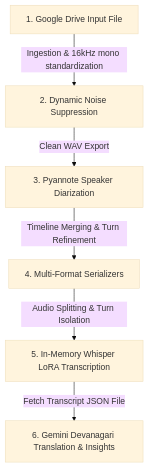
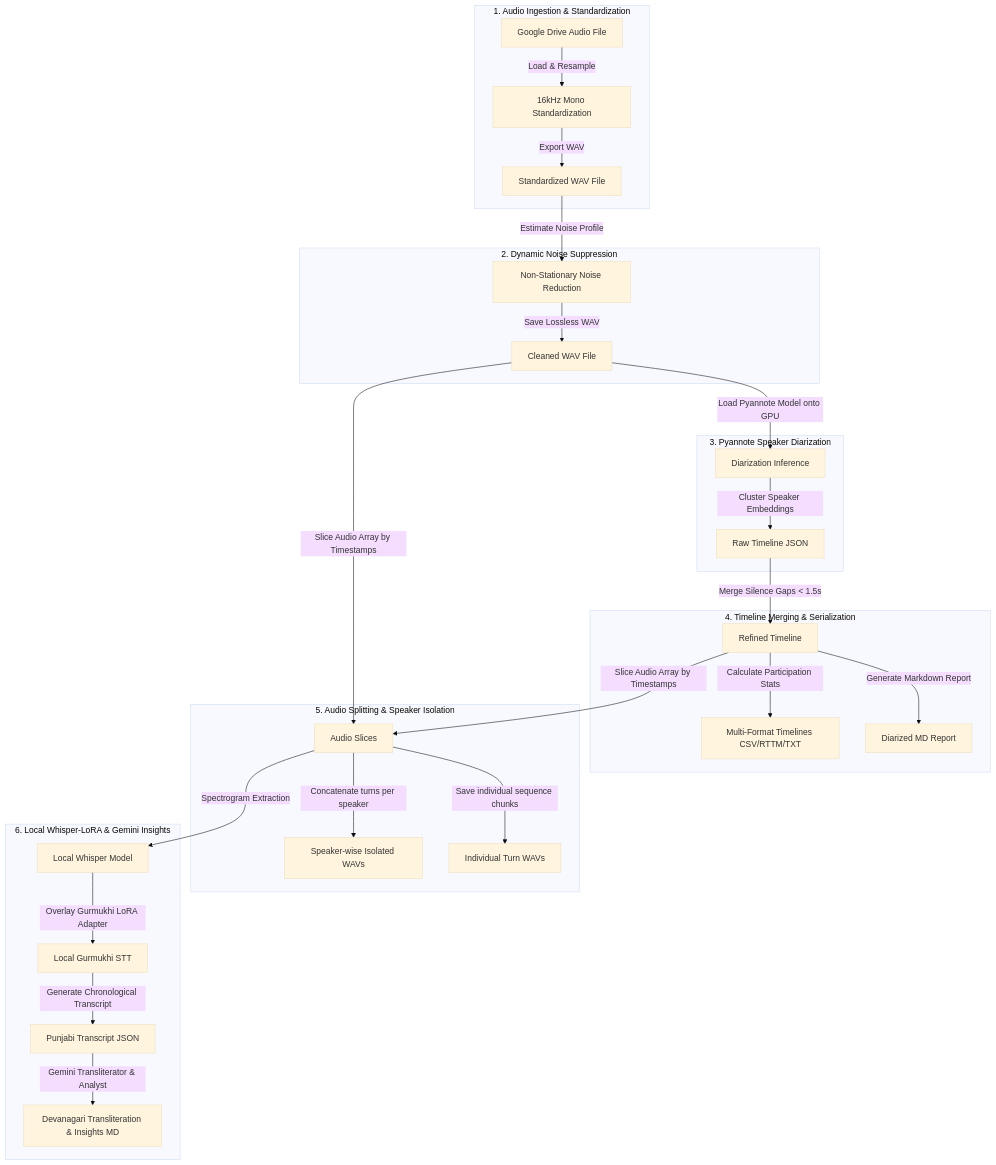
Before and after one commit to KaliNangia/Speech-to-Text-and-Question-Generation: the diagram in Pipelines/Noise_Suppression_Diarization_Splitting_Local_Whisper_LoRA/README.md, drawn with Mermaid (base theme). The commit also changed 1 other file, not shown here.

Commit message:
Expand pipeline flowcharts with detailed sub-step subgraphs

````diff
--- a/Pipelines/Noise_Suppression_Diarization_Splitting_Local_Whisper_LoRA/README.md
+++ b/Pipelines/Noise_Suppression_Diarization_Splitting_Local_Whisper_LoRA/README.md
@@ -10,8 +10,36 @@
 ```mermaid
 graph TD
-    A[1. Google Drive Input File] -->|Ingestion & 16kHz mono standardization| B[2. Dynamic Noise Suppression]
-    B -->|Clean WAV Export| C[3. Pyannote Speaker Diarization]
-    C -->|Timeline Merging & Turn Refinement| D[4. Multi-Format Serializers]
-    D -->|Audio Splitting & Turn Isolation| E[5. In-Memory Whisper LoRA Transcription]
-    E -->|Fetch Transcript JSON File| F[6. Gemini Devanagari Translation & Insights]
+    subgraph Ingestion [1. Audio Ingestion & Standardization]
+        A1[Google Drive Audio File] -->|Load & Resample| A2[16kHz Mono Standardization]
+        A2 -->|Export WAV| A3[Standardized WAV File]
+    end
+
+    subgraph Suppression [2. Dynamic Noise Suppression]
+        A3 -->|Estimate Noise Profile| B1[Non-Stationary Noise Reduction]
+        B1 -->|Save Lossless WAV| B2[Cleaned WAV File]
+    end
+
+    subgraph Diarization [3. Pyannote Speaker Diarization]
+        B2 -->|Load Pyannote Model onto GPU| C1[Diarization Inference]
+        C1 -->|Cluster Speaker Embeddings| C2[Raw Timeline JSON]
+    end
+
+    subgraph Refinement [4. Timeline Merging & Serialization]
+        C2 -->|Merge Silence Gaps < 1.5s| D1[Refined Timeline]
+        D1 -->|Calculate Participation Stats| D2[Multi-Format Timelines CSV/RTTM/TXT]
+        D1 -->|Generate Markdown Report| D3[Diarized MD Report]
+    end
+
+    subgraph Splitting [5. Audio Splitting & Speaker Isolation]
+        B2 & D1 -->|Slice Audio Array by Timestamps| E1[Audio Slices]
+        E1 -->|Concatenate turns per speaker| E2[Speaker-wise Isolated WAVs]
+        E1 -->|Save individual sequence chunks| E3[Individual Turn WAVs]
+    end
+
+    subgraph Transcription [6. Local Whisper-LoRA & Gemini Insights]
+        E1 -->|Spectrogram Extraction| F1[Local Whisper Model]
+        F1 -->|Overlay Gurmukhi LoRA Adapter| F2[Local Gurmukhi STT]
+        F2 -->|Generate Chronological Transcript| F3[Punjabi Transcript JSON]
+        F3 -->|Gemini Transliterator & Analyst| F4[Devanagari Transliteration & Insights MD]
+    end
 ```
````
